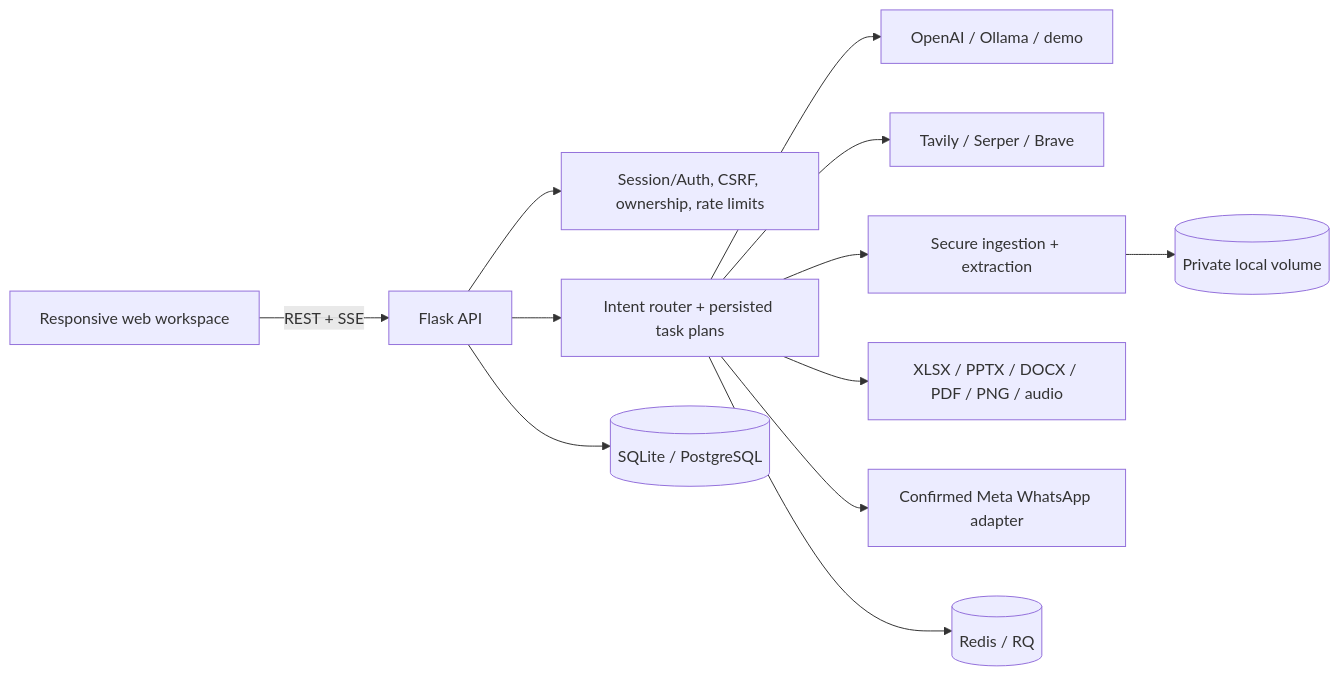
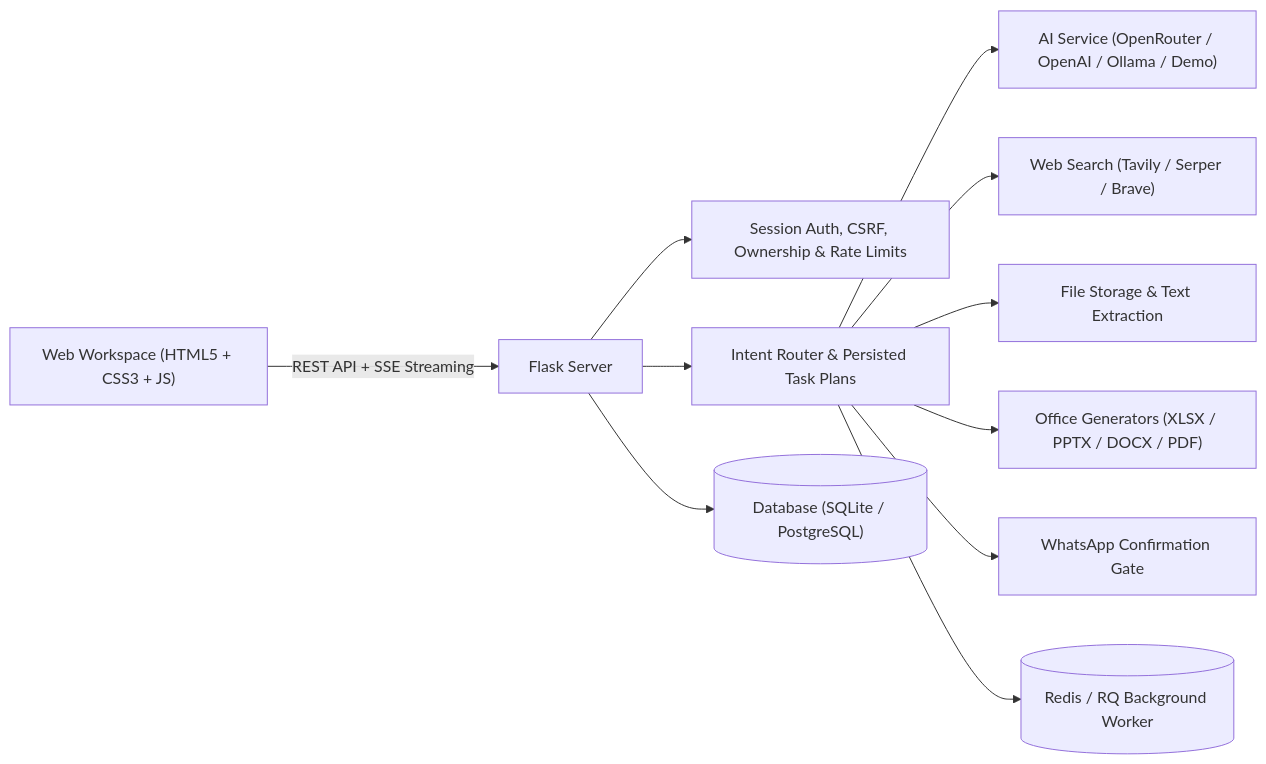
One commit to haris813/Nexachat.ai changed the diagram in README.md. Above: the diagram before and after it, drawn with Mermaid. The commit also changed other lines of this file and 16 other files, not shown here.

Commit message:
fix: deploy NexaChat with OpenRouter configuration

````diff
--- a/README.md
+++ b/README.md
@@ -22,14 +24,13 @@
 ```mermaid
 flowchart LR
-    UI["Responsive web workspace"] -->|"REST + SSE"| API["Flask API"]
-    API --> Guard["Session/Auth, CSRF, ownership, rate limits"]
-    API --> Planner["Intent router + persisted task plans"]
-    Planner --> AI["OpenAI / Ollama / demo"]
-    Planner --> Research["Tavily / Serper / Brave"]
-    Planner --> Files["Secure ingestion + extraction"]
-    Planner --> Artifacts["XLSX / PPTX / DOCX / PDF / PNG / audio"]
-    Planner --> WA["Confirmed Meta WhatsApp adapter"]
-    API --> DB[("SQLite / PostgreSQL")]
-    Planner --> Redis[("Redis / RQ")]
-    Files --> Store[("Private local volume")]
+    UI["Web Workspace (HTML5 + CSS3 + JS)"] -->|"REST API + SSE Streaming"| API["Flask Server"]
+    API --> Guard["Session Auth, CSRF, Ownership & Rate Limits"]
+    API --> Planner["Intent Router & Persisted Task Plans"]
+    Planner --> AI["AI Service (OpenRouter / OpenAI / Ollama / Demo)"]
+    Planner --> Research["Web Search (Tavily / Serper / Brave)"]
+    Planner --> Files["File Storage & Text Extraction"]
+    Planner --> Artifacts["Office Generators (XLSX / PPTX / DOCX / PDF)"]
+    Planner --> WA["WhatsApp Confirmation Gate"]
+    API --> DB[("Database (SQLite / PostgreSQL)")]
+    Planner --> Redis[("Redis / RQ Background Worker")]
 ```
````
